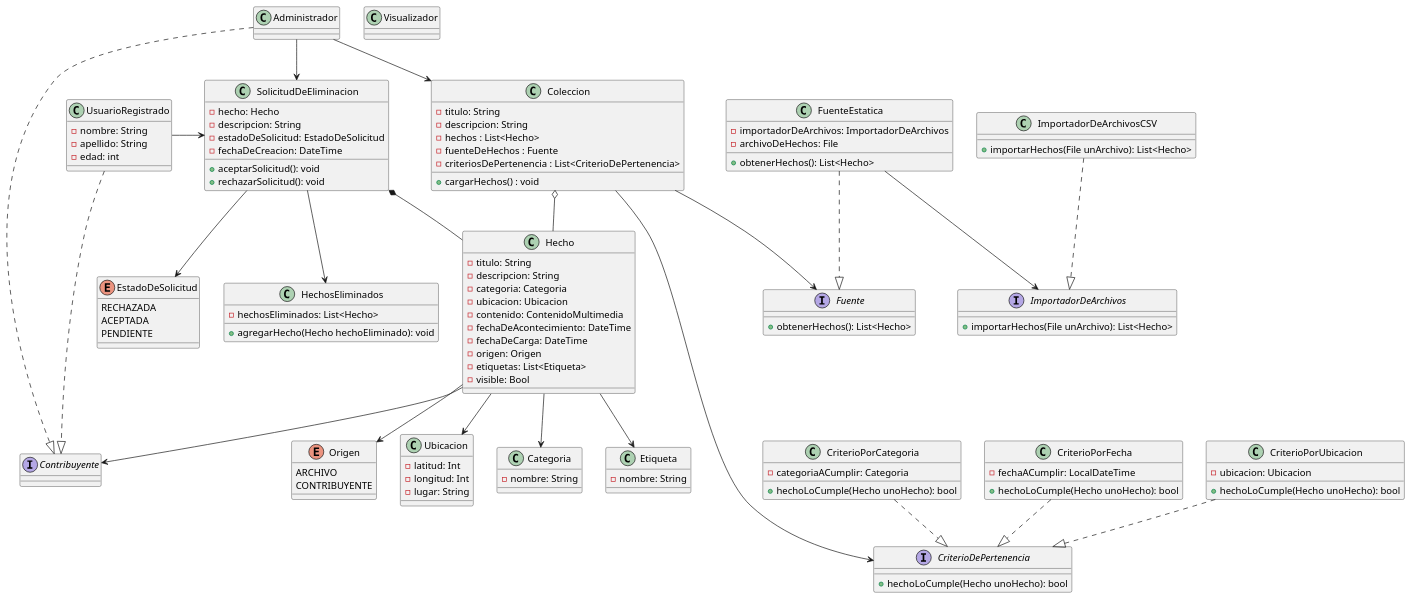
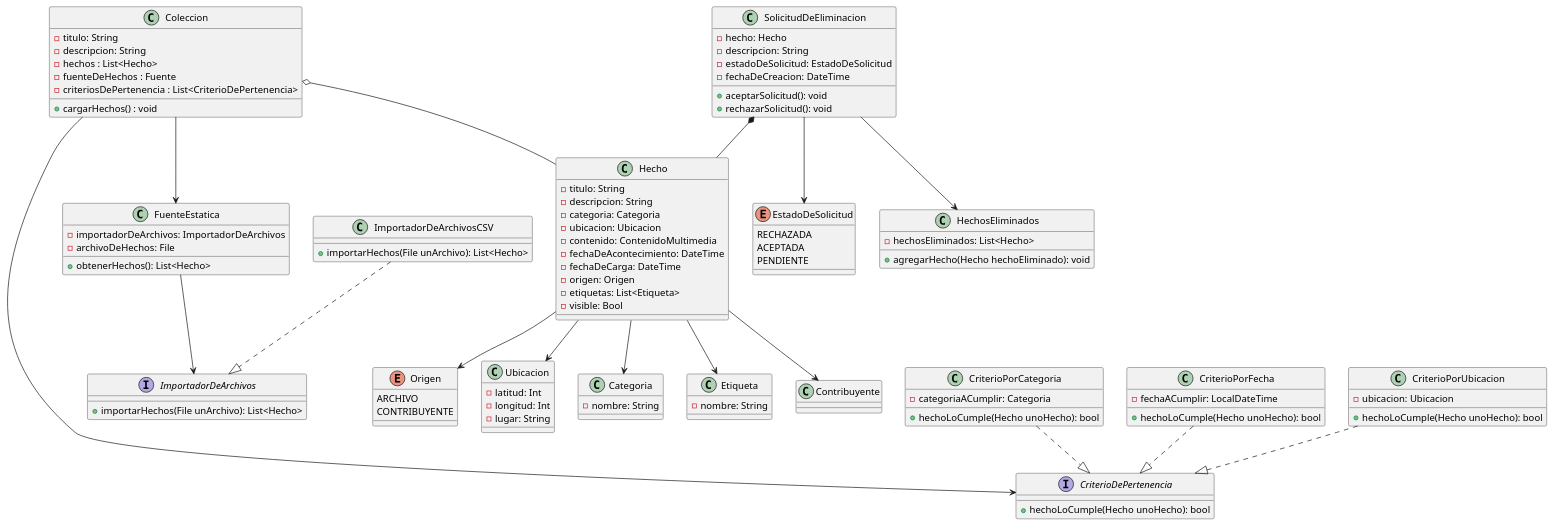
The diagram in diagrams/TPA-1eraEntrega.puml (vrramiro/tpa-DDSI-2025), drawn with PlantUML before and after one commit. The commit also changed 8 other files, not shown here.

```diff
--- a/diagrams/TPA-1eraEntrega.puml
+++ b/diagrams/TPA-1eraEntrega.puml
@@ -1,145 +1,127 @@
 @startuml
 ' Diseño del sistema de hechos y colecciones
 
 '================== ENUMS ==================
 enum Origen {
     ARCHIVO
     CONTRIBUYENTE
 }
 
 enum EstadoDeSolicitud {
     RECHAZADA
     ACEPTADA
     PENDIENTE
 }
 
 '================== INTERFACES ==================
-interface Contribuyente
-interface Fuente {
-    + obtenerHechos(): List<Hecho>
-}
+
 interface ImportadorDeArchivos {
     + importarHechos(File unArchivo): List<Hecho>
 }
 interface CriterioDePertenencia {
     + hechoLoCumple(Hecho unoHecho): bool
 }
-
-'================== USUARIOS ==================
-class UsuarioRegistrado {
-    - nombre: String
-    - apellido: String
-    - edad: int
-}
-class Administrador
-class Visualizador
-
-UsuarioRegistrado ..|> Contribuyente
-Administrador ..|> Contribuyente
 
 '================== HECHOS ==================
 class Hecho {
     - titulo: String
     - descripcion: String
     - categoria: Categoria
     - ubicacion: Ubicacion
     - contenido: ContenidoMultimedia
     - fechaDeAcontecimiento: DateTime
     - fechaDeCarga: DateTime
     - origen: Origen
     - etiquetas: List<Etiqueta>
     - visible: Bool
 }
 
 class Ubicacion {
     - latitud: Int
     - longitud: Int
     - lugar: String
 }
 
 class Categoria {
     - nombre: String
 }
 
 class Etiqueta {
     - nombre: String
 }
 
 class HechosEliminados {
     - hechosEliminados: List<Hecho>
     + agregarHecho(Hecho hechoEliminado): void
 }
 
 '================== COLECCIÓN ==================
 class Coleccion {
     - titulo: String
     - descripcion: String
     - hechos : List<Hecho>
     - fuenteDeHechos : Fuente
     - criteriosDePertenencia : List<CriterioDePertenencia>
     + cargarHechos() : void
 }
 
-Administrador --> Coleccion
-Coleccion --> Fuente
 Coleccion o-- Hecho
+Coleccion --> FuenteEstatica
 Coleccion ----> CriterioDePertenencia
 
 '================== FUENTES ==================
 class FuenteEstatica {
     - importadorDeArchivos: ImportadorDeArchivos
     - archivoDeHechos: File
     + obtenerHechos(): List<Hecho>
 }
-FuenteEstatica ..|> Fuente
+
 FuenteEstatica --> ImportadorDeArchivos
 
 class ImportadorDeArchivosCSV {
     + importarHechos(File unArchivo): List<Hecho>
 }
 ImportadorDeArchivosCSV ..|> ImportadorDeArchivos
 
 '================== CRITERIOS ==================
 class CriterioPorCategoria {
     - categoriaACumplir: Categoria
     + hechoLoCumple(Hecho unoHecho): bool
 }
 
 class CriterioPorFecha {
     - fechaACumplir: LocalDateTime
     + hechoLoCumple(Hecho unoHecho): bool
 }
 
 class CriterioPorUbicacion {
     - ubicacion: Ubicacion
     + hechoLoCumple(Hecho unoHecho): bool
 }
 
 CriterioPorCategoria ..|> CriterioDePertenencia
 CriterioPorFecha ..|> CriterioDePertenencia
 CriterioPorUbicacion ..|> CriterioDePertenencia
 
 '================== SOLICITUDES ==================
 class SolicitudDeEliminacion {
     - hecho: Hecho
     - descripcion: String
     - estadoDeSolicitud: EstadoDeSolicitud
     - fechaDeCreacion: DateTime
     + aceptarSolicitud(): void
     + rechazarSolicitud(): void
 }
 
 SolicitudDeEliminacion *-- Hecho
 SolicitudDeEliminacion --> EstadoDeSolicitud
 SolicitudDeEliminacion --> HechosEliminados
-Administrador -> SolicitudDeEliminacion
-UsuarioRegistrado -> SolicitudDeEliminacion
 
 '================== RELACIONES ==================
 Hecho --> Categoria
 Hecho --> Origen
 Hecho --> Contribuyente
 Hecho --> Ubicacion
 Hecho --> Etiqueta
 
 @enduml
```
